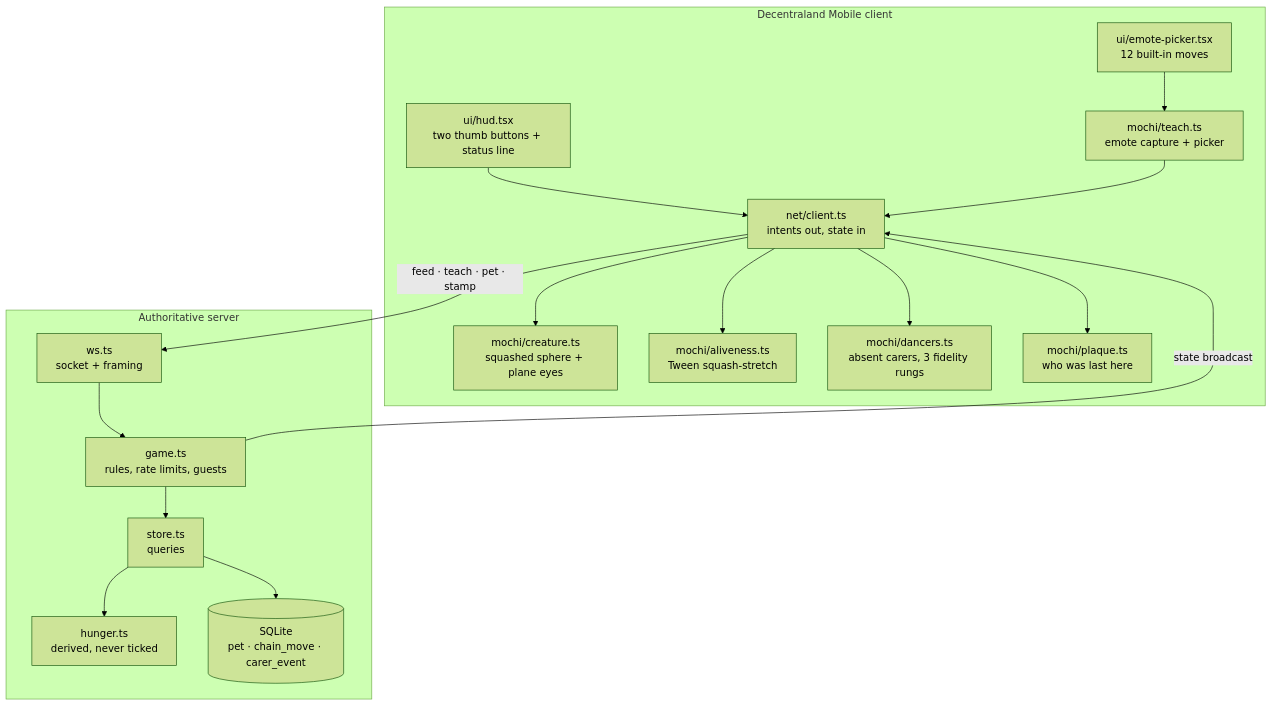
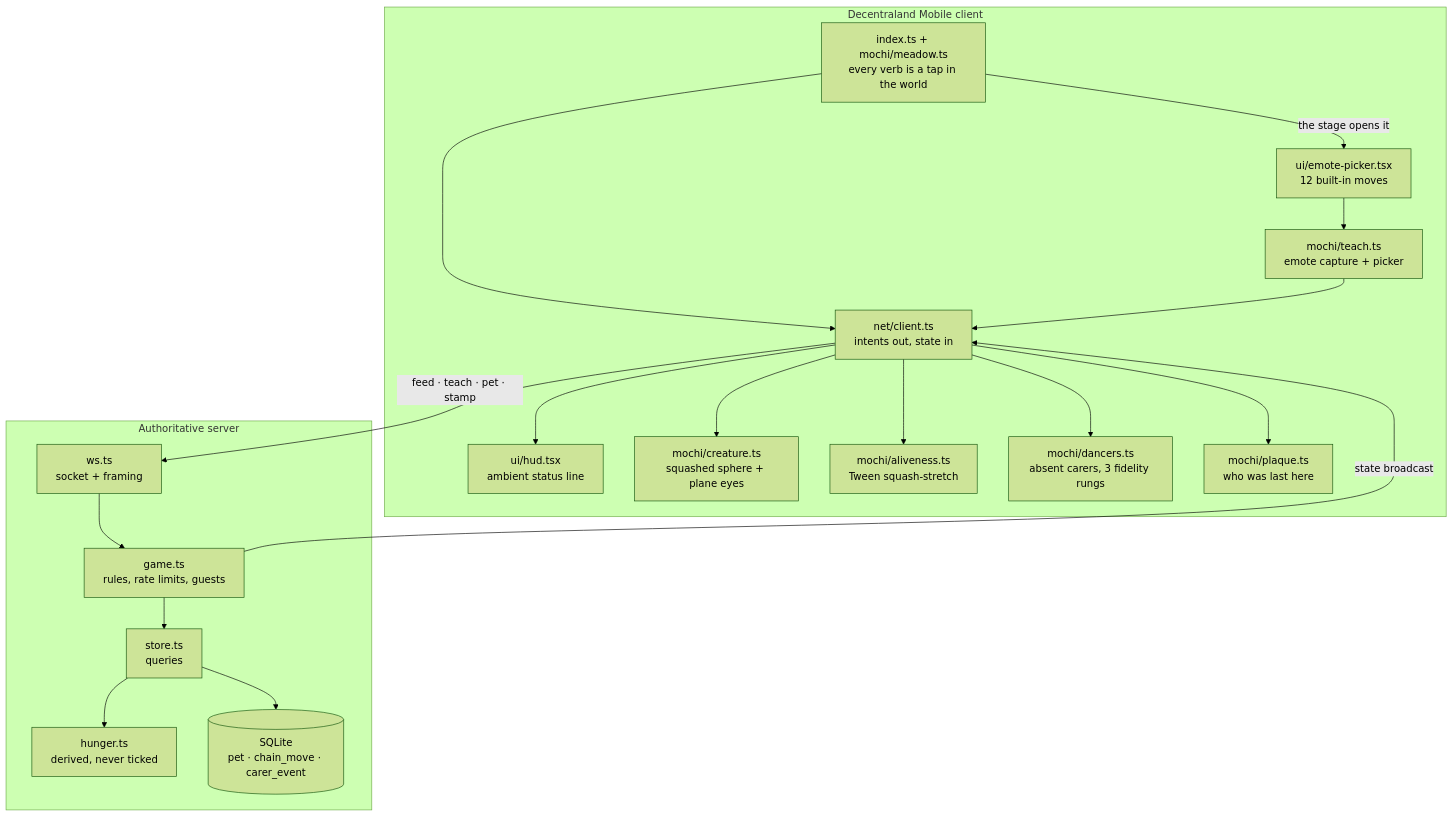
The diagram in ARCHITECTURE.md (edycutjong/mochi), drawn with Mermaid (forest theme) before and after one commit. The commit also changed other lines of this file and 15 other files, not shown here.

````diff
--- a/ARCHITECTURE.md
+++ b/ARCHITECTURE.md
@@ -11,29 +11,31 @@
 ```mermaid
 flowchart TD
     subgraph Phone["Decentraland Mobile client"]
-        HUD["ui/hud.tsx<br/>two thumb buttons + status line"]
+        World["index.ts + mochi/meadow.ts<br/>every verb is a tap in the world"]
+        HUD["ui/hud.tsx<br/>ambient status line"]
         Picker["ui/emote-picker.tsx<br/>12 built-in moves"]
         Creature["mochi/creature.ts<br/>squashed sphere + plane eyes"]
         Alive["mochi/aliveness.ts<br/>Tween squash-stretch"]
         Dancers["mochi/dancers.ts<br/>absent carers, 3 fidelity rungs"]
         Plaque["mochi/plaque.ts<br/>who was last here"]
         Teach["mochi/teach.ts<br/>emote capture + picker"]
         Net["net/client.ts<br/>intents out, state in"]
     end
 
     subgraph Server["Authoritative server"]
         WS["ws.ts<br/>socket + framing"]
         Game["game.ts<br/>rules, rate limits, guests"]
         Store["store.ts<br/>queries"]
         Hunger["hunger.ts<br/>derived, never ticked"]
         DB[("SQLite<br/>pet · chain_move · carer_event")]
     end
 
-    HUD --> Net
+    World --> Net
+    World -->|"the stage opens it"| Picker
     Picker --> Teach --> Net
     Net -->|"feed · teach · pet · stamp"| WS
     WS --> Game --> Store --> DB
     Store --> Hunger
     Game -->|"state broadcast"| Net
-    Net --> Creature & Alive & Dancers & Plaque
+    Net --> Creature & Alive & Dancers & Plaque & HUD
 ```
````
